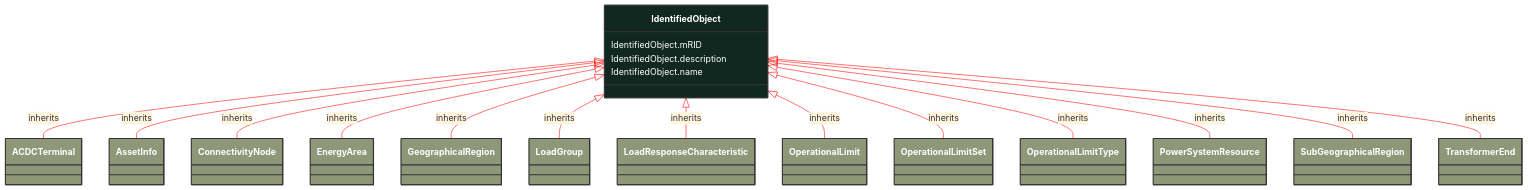
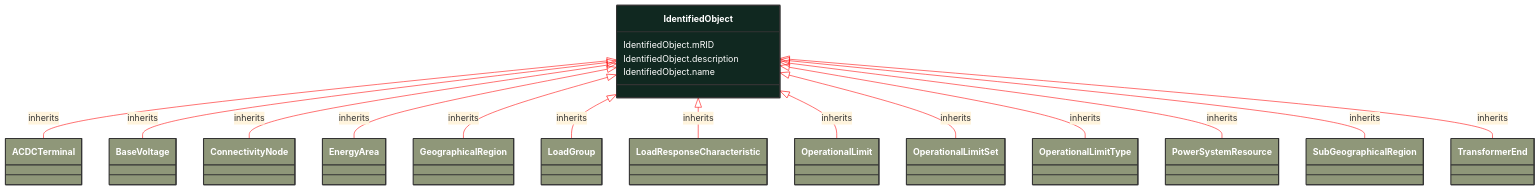
One commit to 3lbits/NoCIMExtensions changed the diagram in docs/Models/Profiles/Telemark-120Equipment/AbstractClasses/IdentifiedObject.md. Above: the diagram before and after it, drawn with Mermaid. The commit also changed 50 other files, not shown here.

Commit message:
Fixed schema

```diff
--- a/docs/Models/Profiles/Telemark-120Equipment/AbstractClasses/IdentifiedObject.md
+++ b/docs/Models/Profiles/Telemark-120Equipment/AbstractClasses/IdentifiedObject.md
@@ -20,11 +20,11 @@
             click ACDCTerminal href "/Models/Profiles/Telemark-120Equipment/AbstractClasses/ACDCTerminal/"
             style ACDCTerminal fill:#8F9779,stroke:#333,stroke-width:2px,rx:10,ry:10,color:white
 
-        IdentifiedObject <|-- AssetInfo : inherits
+        IdentifiedObject <|-- BaseVoltage : inherits
 
-        AssetInfo
-            click AssetInfo href "/Models/Profiles/Telemark-120Equipment/ConcreteClasses/AssetInfo/"
-            style AssetInfo fill:#8F9779,stroke:#333,stroke-width:2px,rx:10,ry:10,color:white
+        BaseVoltage
+            click BaseVoltage href "/Models/Profiles/Telemark-120Equipment/ConcreteClasses/BaseVoltage/"
+            style BaseVoltage fill:#8F9779,stroke:#333,stroke-width:2px,rx:10,ry:10,color:white
 
         IdentifiedObject <|-- ConnectivityNode : inherits
 
```
